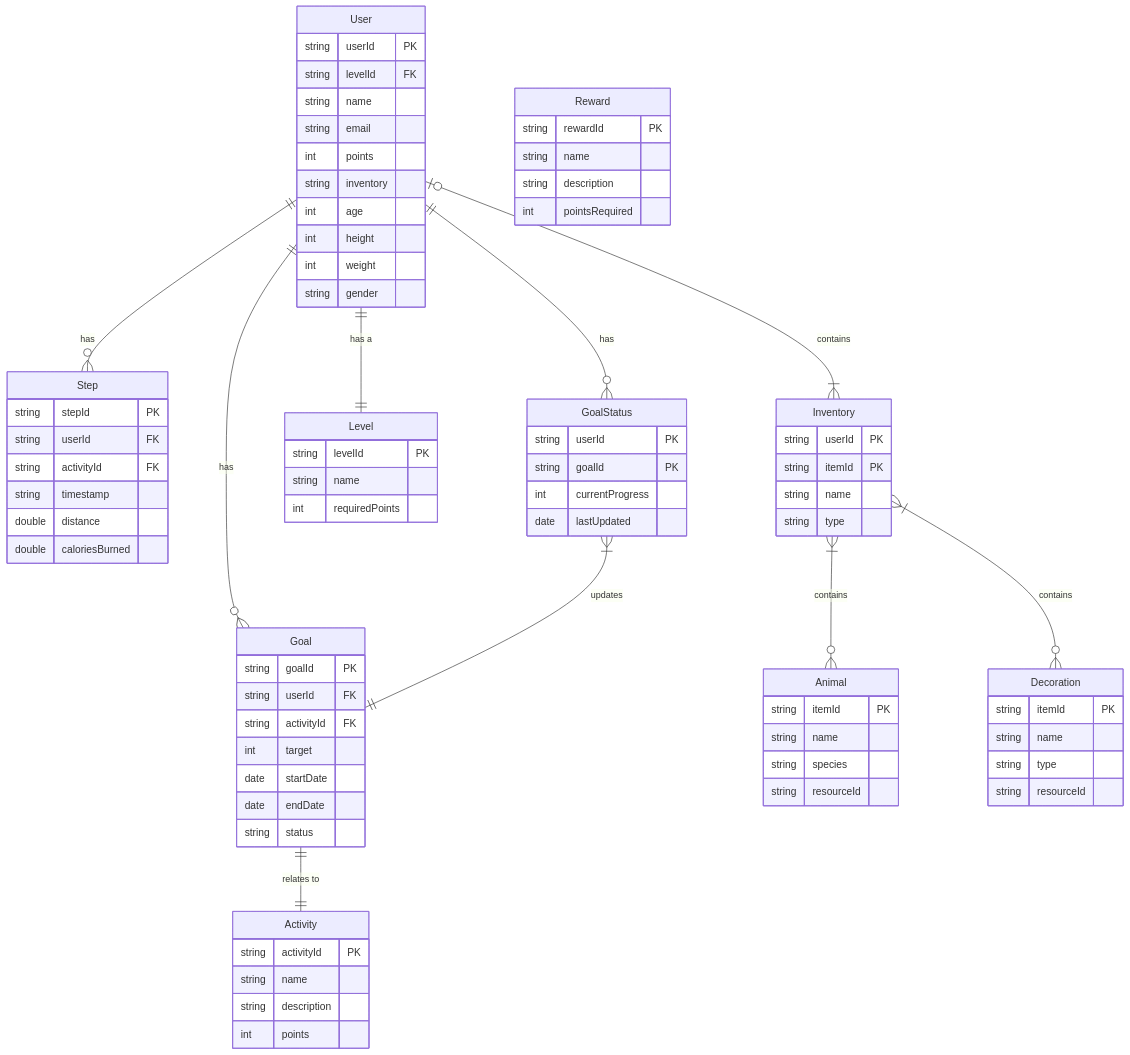
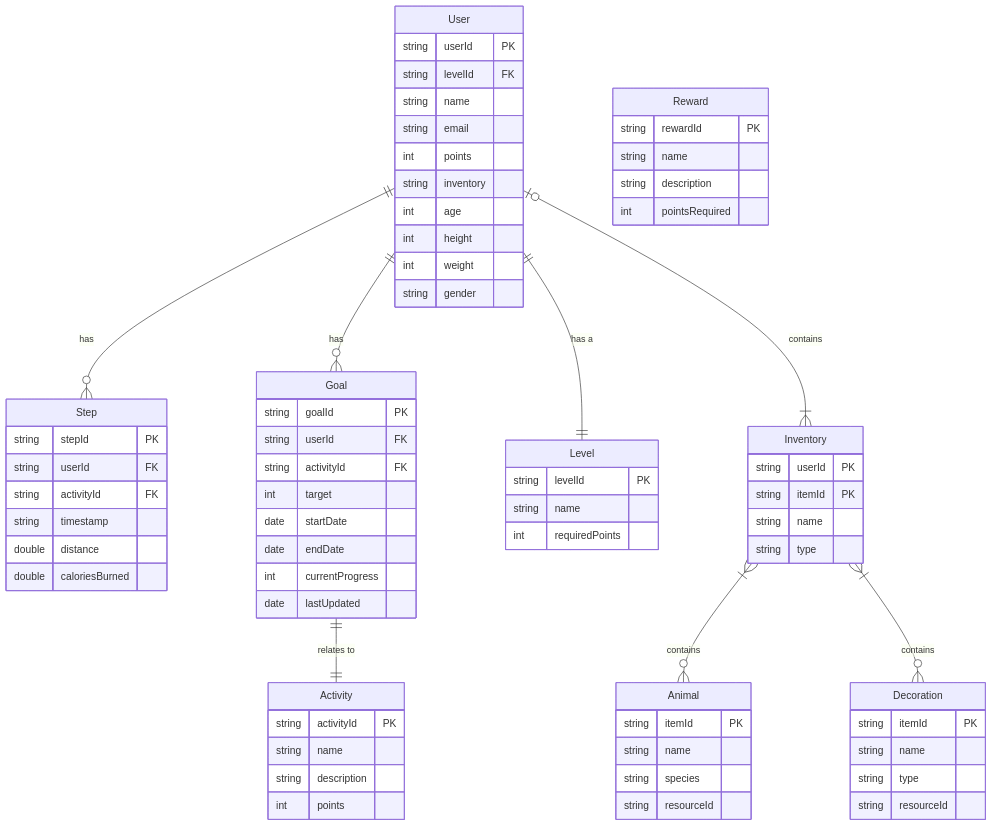
The diagram in database/SCHEMA.md (PVP-K409/fit-flow-docs), drawn with Mermaid before and after one commit.

Commit message:
Remove GoalStatus entity

```diff
--- a/database/SCHEMA.md
+++ b/database/SCHEMA.md
@@ -40,12 +40,6 @@
         int target
         date startDate
         date endDate
-        string status
-    }
-
-    GoalStatus {
-        string userId PK
-        string goalId PK
         int currentProgress
         date lastUpdated
     }
@@ -85,11 +79,9 @@
     }
 
     User ||--o{ Goal : "has"
-    User ||--o{ GoalStatus : "has"
     Goal ||--|| Activity : "relates to"
     User ||--|| Level : "has a"
     User |o--|{ Inventory : "contains"
-    GoalStatus }|--|| Goal : "updates"
     User ||--o{ Step : "has"
     Inventory }|--o{ Animal : "contains"
     Inventory }|--o{ Decoration : "contains"
```
